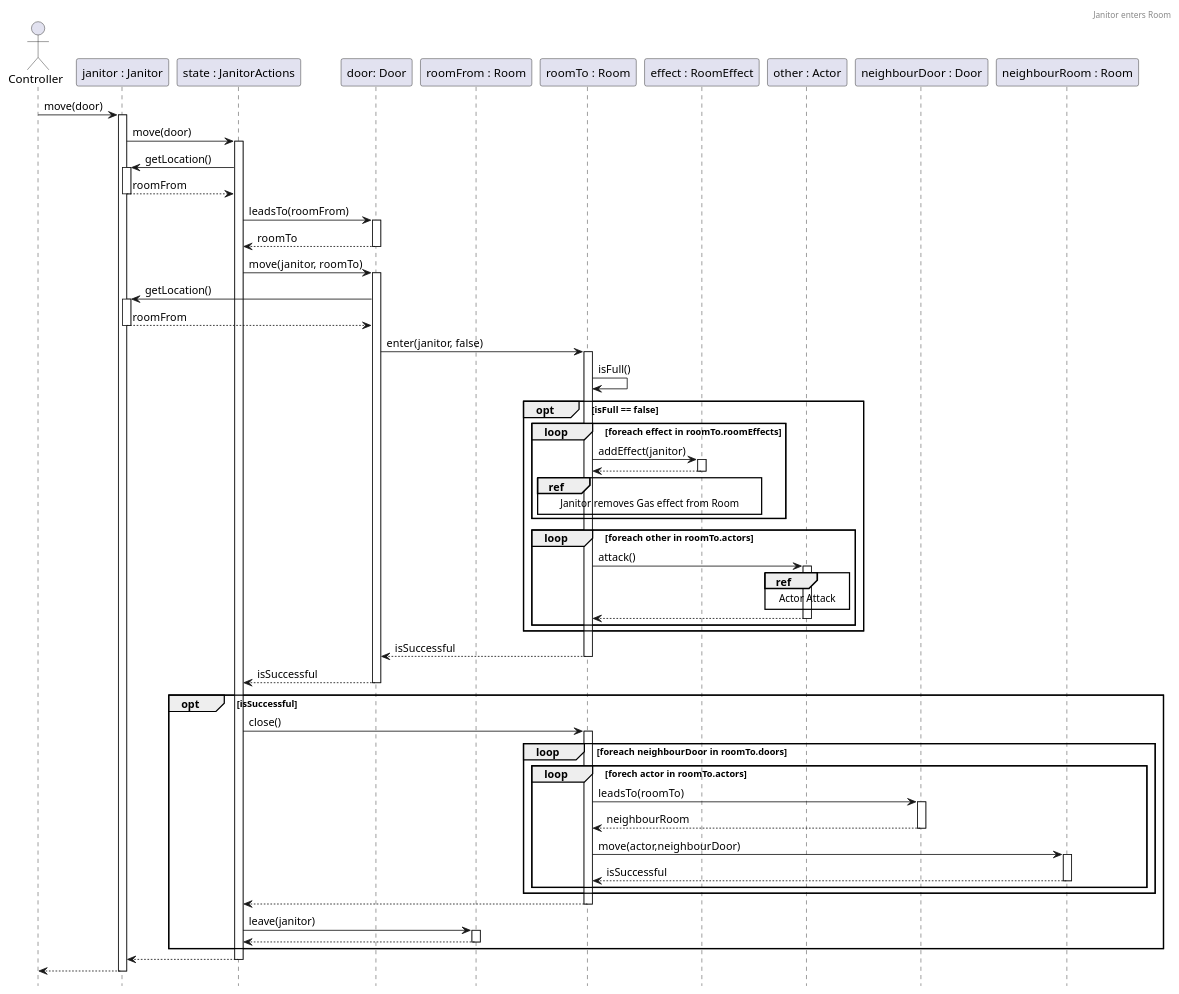
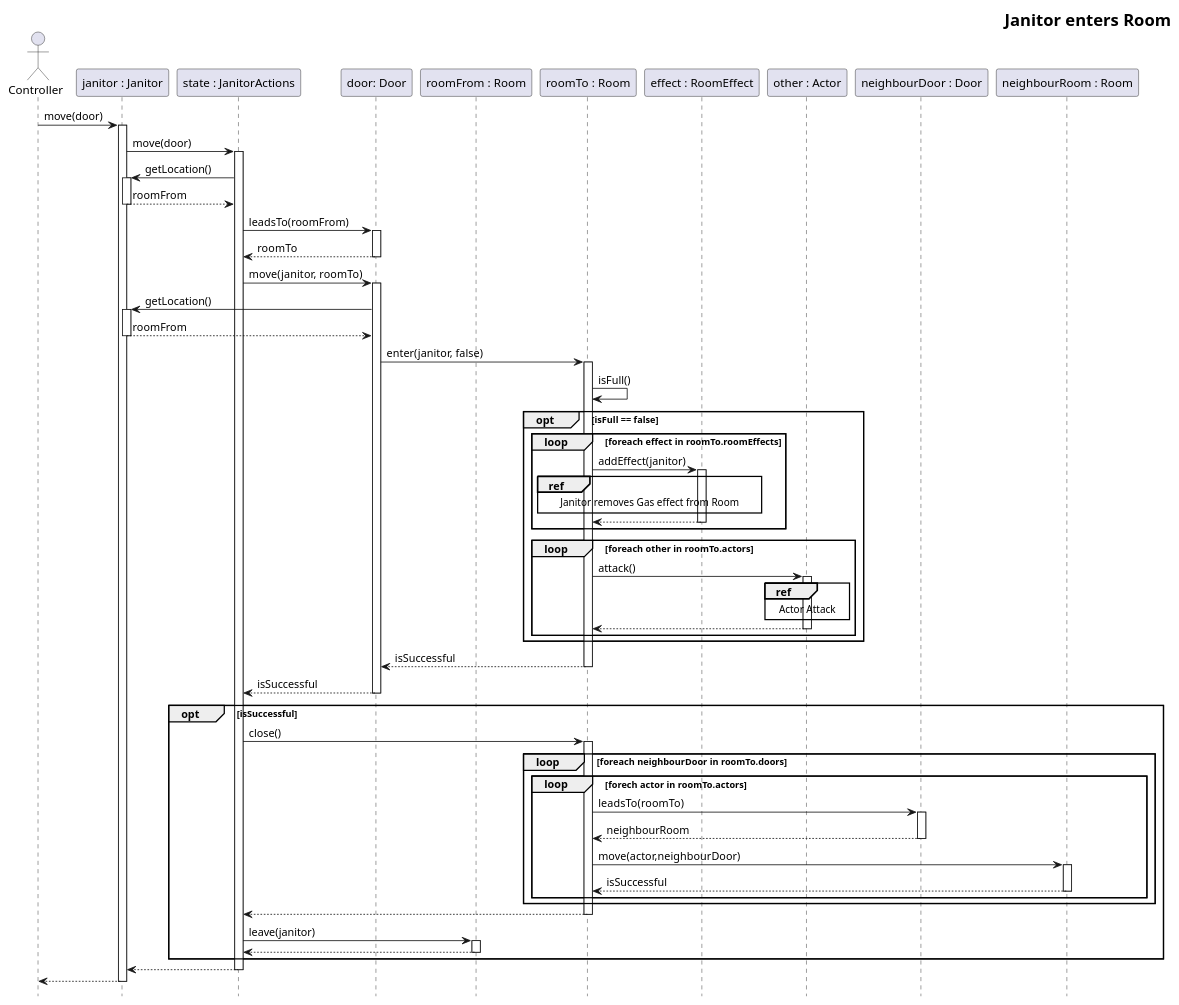
Before and after one commit to Kristof-me/Logarlec: the diagram in docs/sequence/actor/JanitorMoves.puml, drawn with PlantUML. The commit also changed 4 other files, not shown here.

Commit message:
Added last Janitor diagram

```diff
--- a/docs/sequence/actor/JanitorMoves.puml
+++ b/docs/sequence/actor/JanitorMoves.puml
@@ -1,73 +1,76 @@
 @startuml JanitorEnters
+skinparam headerFontSize 20
+skinparam HeaderFontColor #000000
+skinparam HeaderFontStyle bold
 header Janitor enters Room
 
 hide footbox
 
 actor C as "Controller"
 participant J as "janitor : Janitor"
 participant S as "state : JanitorActions"
 participant D as "door: Door"
 participant R1 as "roomFrom : Room"
 participant R2 as "roomTo : Room"
 participant E as "effect : RoomEffect"
 participant O as "other : Actor"
 participant ND as "neighbourDoor : Door"
 participant NR as "neighbourRoom : Room"
 
 C -> J ++: move(door)
 J -> S ++: move(door)
 S -> J ++: getLocation()
 return roomFrom
 S -> D ++: leadsTo(roomFrom)
 return roomTo
 S -> D ++: move(janitor, roomTo)
 D -> J ++: getLocation()
 return roomFrom
 D -> R2 ++: enter(janitor, false)
 R2 -> R2 : isFull()
 
 opt isFull == false
     loop foreach effect in roomTo.roomEffects
         R2 -> E ++: addEffect(janitor)
+            ref over R2,E
+                Janitor removes Gas effect from Room
+            end ref
         return
 
-        ref over R2,E
-            Janitor removes Gas effect from Room
-        end ref
     end
 
     loop foreach other in roomTo.actors
         R2 -> O ++ : attack()
 
         ref over O
             Actor Attack
         end ref
         return
     end
 end
 
 
 return isSuccessful
 return isSuccessful
 
 opt isSuccessful
     S -> R2 ++: close()
 
         loop foreach neighbourDoor in roomTo.doors
             loop forech actor in roomTo.actors
                 R2 -> ND ++: leadsTo(roomTo)
                 return neighbourRoom
                 R2 -> NR ++: move(actor,neighbourDoor)
                 return isSuccessful
             end
         end
     return
 
     S -> R1 ++: leave(janitor)
     return
 end
 
 return
 return
 
 @enduml
```
